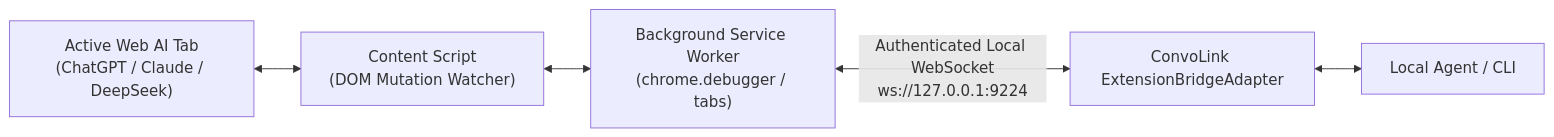
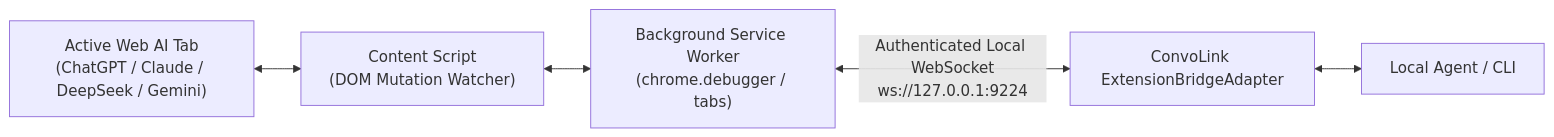
Before and after one commit to 0xTanzim/convolink: the diagram in website/src/content/docs/extension/overview.mdx, drawn with Mermaid. The commit also changed other lines of this file and 12 other files, not shown here.

````diff
--- a/website/src/content/docs/extension/overview.mdx
+++ b/website/src/content/docs/extension/overview.mdx
@@ -25,7 +21,7 @@
 ```mermaid
 flowchart LR
-    BrowserTab["Active Web AI Tab<br/>(ChatGPT / Claude / DeepSeek)"] <--> ExtContent["Content Script<br/>(DOM Mutation Watcher)"]
+    BrowserTab["Active Web AI Tab<br/>(ChatGPT / Claude / DeepSeek / Gemini)"] <--> ExtContent["Content Script<br/>(DOM Mutation Watcher)"]
     ExtContent <--> ExtBg["Background Service Worker<br/>(chrome.debugger / tabs)"]
     ExtBg <-->|"Authenticated Local WebSocket<br/>ws://127.0.0.1:9224"| BridgeAdapter["ConvoLink ExtensionBridgeAdapter"]
     BridgeAdapter <--> LocalAgent["Local Agent / CLI"]
 ```
````
